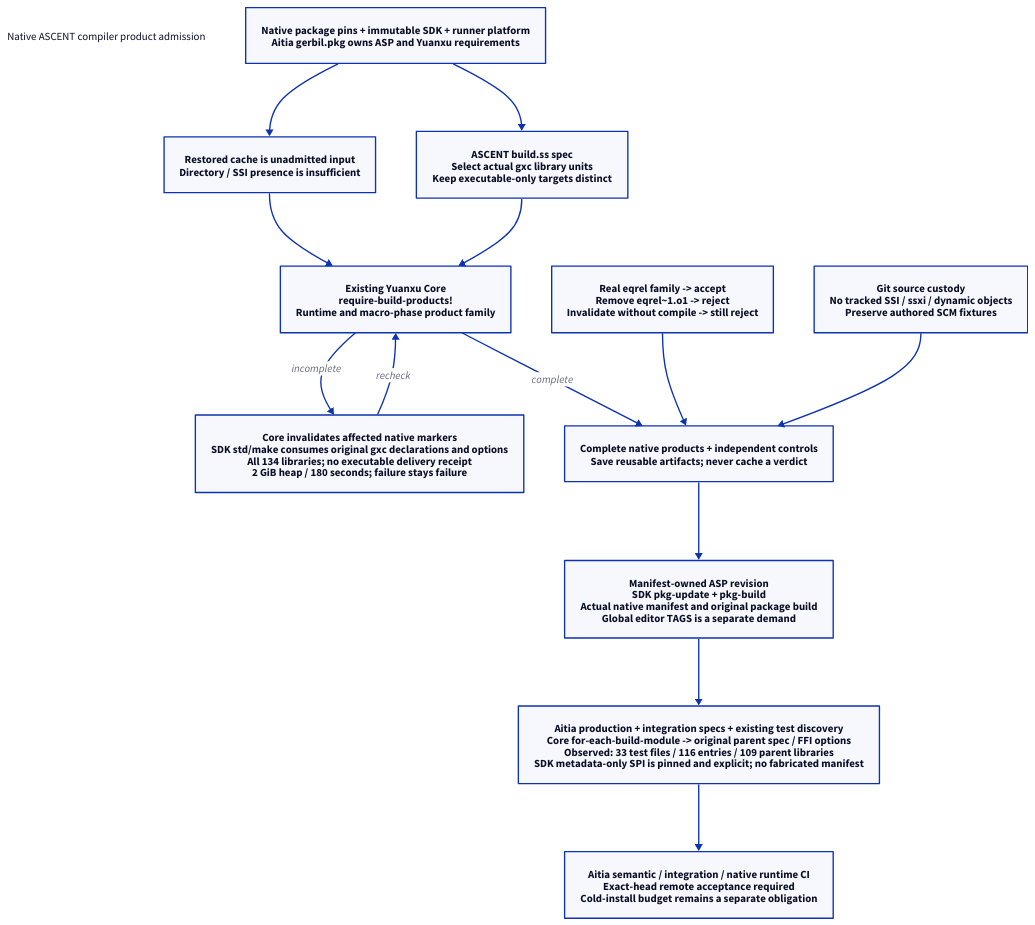
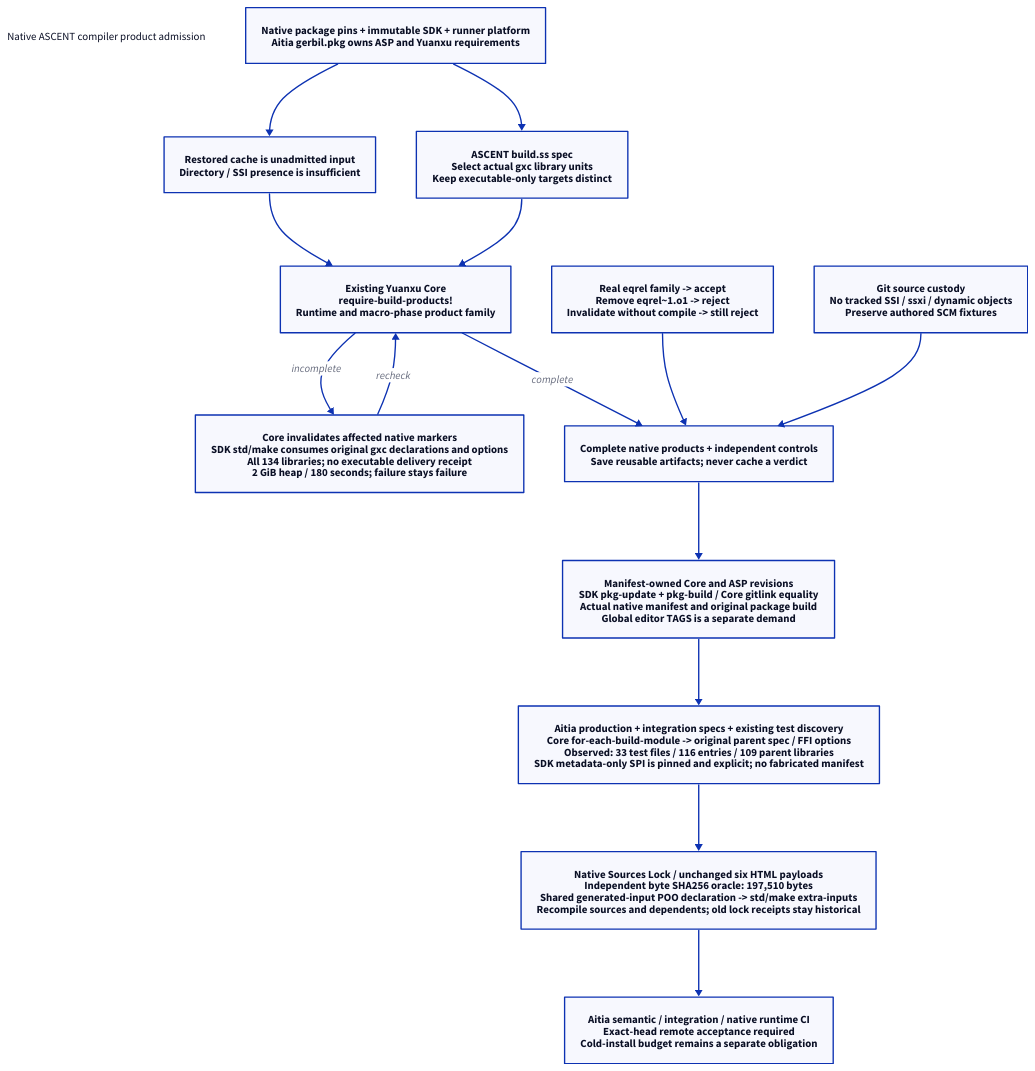
One commit to hardenedlinux/deterministic-engineering changed the diagram in docs/90-99-views/90-architecture-views/90.114-native-ascent-compiler-product-admission.d2. Above: the diagram before and after it, drawn with D2. The commit also changed 3 other files, not shown here.

Commit message:
docs: close Sources Lock migration and incremental native inputs

```diff
--- a/docs/90-99-views/90-architecture-views/90.114-native-ascent-compiler-product-admission.d2
+++ b/docs/90-99-views/90-architecture-views/90.114-native-ascent-compiler-product-admission.d2
@@ -1,27 +1,29 @@
 # org-target: docs/10-19-design/10-architecture/10.125-native-ascent-compiler-product-admission.org::#native125-scope
 # render-layout: elk; theme: 0; pad: 24
 direction: down
 title: "Native ASCENT compiler product admission" {shape: text}
 inputs: "Native package pins + immutable SDK + runner platform\nAitia gerbil.pkg owns ASP and Yuanxu requirements"
 cache: "Restored cache is unadmitted input\nDirectory / SSI presence is insufficient"
 spec: "ASCENT build.ss spec\nSelect actual gxc library units\nKeep executable-only targets distinct"
 core: "Existing Yuanxu Core\nrequire-build-products!\nRuntime and macro-phase product family"
 repair: "Core invalidates affected native markers\nSDK std/make consumes original gxc declarations and options\nAll 134 libraries; no executable delivery receipt\n2 GiB heap / 180 seconds; failure stays failure"
 negative: "Real eqrel family -> accept\nRemove eqrel~1.o1 -> reject\nInvalidate without compile -> still reject"
 source: "Git source custody\nNo tracked SSI / ssxi / dynamic objects\nPreserve authored SCM fixtures"
 admit: "Complete native products + independent controls\nSave reusable artifacts; never cache a verdict"
-asp: "Manifest-owned ASP revision\nSDK pkg-update + pkg-build\nActual native manifest and original package build\nGlobal editor TAGS is a separate demand"
+asp: "Manifest-owned Core and ASP revisions\nSDK pkg-update + pkg-build / Core gitlink equality\nActual native manifest and original package build\nGlobal editor TAGS is a separate demand"
 parent: "Aitia production + integration specs + existing test discovery\nCore for-each-build-module -> original parent spec / FFI options\nObserved: 33 test files / 116 entries / 109 parent libraries\nSDK metadata-only SPI is pinned and explicit; no fabricated manifest"
+lock: "Native Sources Lock / unchanged six HTML payloads\nIndependent byte SHA256 oracle: 197,510 bytes\nShared generated-input POO declaration -> std/make extra-inputs\nRecompile sources and dependents; old lock receipts stay historical"
 consumer: "Aitia semantic / integration / native runtime CI\nExact-head remote acceptance required\nCold-install budget remains a separate obligation"
 inputs -> cache
 inputs -> spec
 cache -> core
 spec -> core
 core -> repair: "incomplete"
 repair -> core: "recheck"
 core -> admit: "complete"
 negative -> admit
 source -> admit
 admit -> asp
 asp -> parent
-parent -> consumer
+parent -> lock
+lock -> consumer
```
